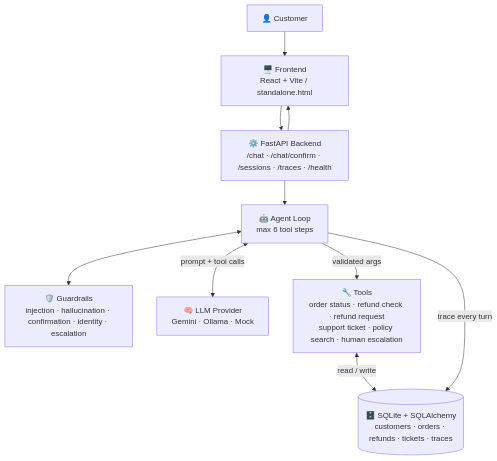
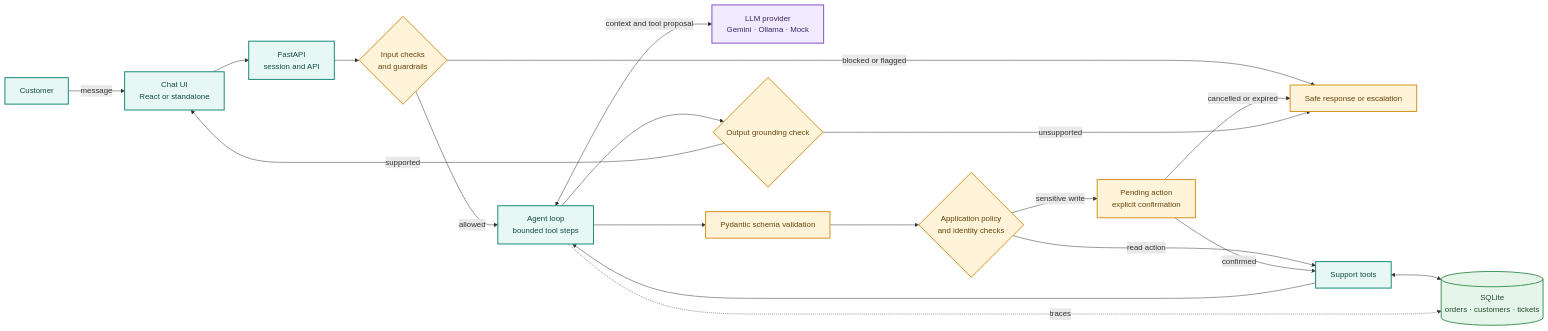
The diagram in README.md (shivansh-KK/NexaDesk), drawn with Mermaid before and after one commit. The commit also changed other lines of this file, not shown here.

````diff
--- a/README.md
+++ b/README.md
@@ -66,19 +40,33 @@
 ```mermaid
-flowchart TD
-    User["👤 Customer"]
-    FE["🖥️ Frontend<br/>React + Vite / standalone.html"]
-    API["⚙️ FastAPI Backend<br/>/chat · /chat/confirm · /sessions · /traces · /health"]
-    Agent["🤖 Agent Loop<br/>max 6 tool steps"]
-    Guard["🛡️ Guardrails<br/>injection · hallucination · confirmation · identity · escalation"]
-    LLM["🧠 LLM Provider<br/>Gemini · Ollama · Mock"]
-    Tools["🔧 Tools<br/>order status · refund check · refund request<br/>support ticket · policy search · human escalation"]
-    DB[("🗄️ SQLite + SQLAlchemy<br/>customers · orders · refunds · tickets · traces")]
+flowchart LR
+    C["Customer"] -->|message| UI["Chat UI<br/>React or standalone"]
+    UI --> API["FastAPI<br/>session and API"]
+    API --> G{"Input checks<br/>and guardrails"}
+    G -->|allowed| A["Agent loop<br/>bounded tool steps"]
+    G -->|blocked or flagged| R["Safe response or escalation"]
+    A <-->|context and tool proposal| L["LLM provider<br/>Gemini · Ollama · Mock"]
+    A --> V["Pydantic schema validation"]
+    V --> P{"Application policy<br/>and identity checks"}
+    P -->|read action| T["Support tools"]
+    P -->|sensitive write| H["Pending action<br/>explicit confirmation"]
+    H -->|confirmed| T
+    H -->|cancelled or expired| R
+    T <--> D[("SQLite<br/>orders · customers · tickets")]
+    T --> A
+    A --> O{"Output grounding check"}
+    O -->|supported| UI
+    O -->|unsupported| R
+    A -. traces .-> D
 
-    User --> FE --> API --> Agent
-    Agent <--> Guard
-    Agent <-->|prompt + tool calls| LLM
-    Agent -->|validated args| Tools
-    Tools <-->|read / write| DB
-    Agent -->|trace every turn| DB
-    API --> FE
+    classDef customer fill:#E8F1FF,stroke:#3973C6,color:#15345B,stroke-width:2px;
+    classDef app fill:#E7F7F4,stroke:#168A78,color:#124D45,stroke-width:2px;
+    classDef model fill:#F1EAFE,stroke:#8055C7,color:#3E2868,stroke-width:2px;
+    classDef safety fill:#FFF3D9,stroke:#D49320,color:#65450D,stroke-width:2px;
+    classDef data fill:#E6F5EA,stroke:#43945A,color:#204D2B,stroke-width:2px;
+    class C,UI,API app;
+    class G,V,P,H,O safety;
+    class A,T app;
+    class L model;
+    class R safety;
+    class D data;
 ```
````
